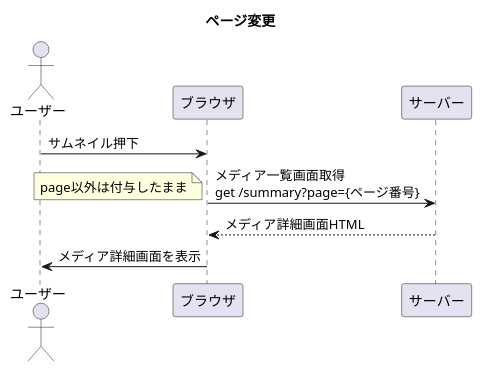
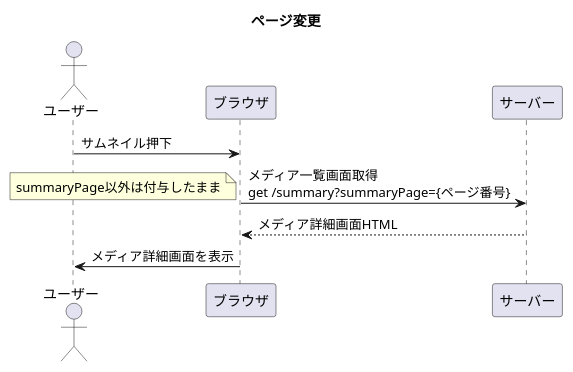
The diagram in doc/3_screens/pages/あとで見る一覧/sequence/ページ変更.puml (hachimitu22/MangaViewer), drawn with PlantUML before and after one commit. The commit also changed 31 other files, not shown here.

```diff
--- a/doc/3_screens/pages/あとで見る一覧/sequence/ページ変更.puml
+++ b/doc/3_screens/pages/あとで見る一覧/sequence/ページ変更.puml
@@ -1,17 +1,17 @@
 @startuml
 
 title ページ変更
 
 actor ユーザー
 participant ブラウザ
 participant サーバー
 
 ユーザー -> ブラウザ: サムネイル押下
-ブラウザ -> サーバー: メディア一覧画面取得\nget /summary?page={ページ番号}
+ブラウザ -> サーバー: メディア一覧画面取得\nget /summary?summaryPage={ページ番号}
 note left
-    page以外は付与したまま
+    summaryPage以外は付与したまま
 end note
 ブラウザ <-- サーバー: メディア詳細画面HTML
 ユーザー <- ブラウザ: メディア詳細画面を表示
 
 @enduml
```
